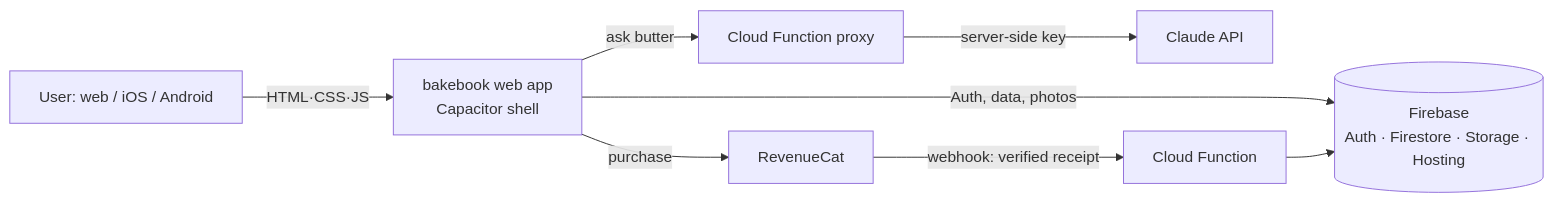
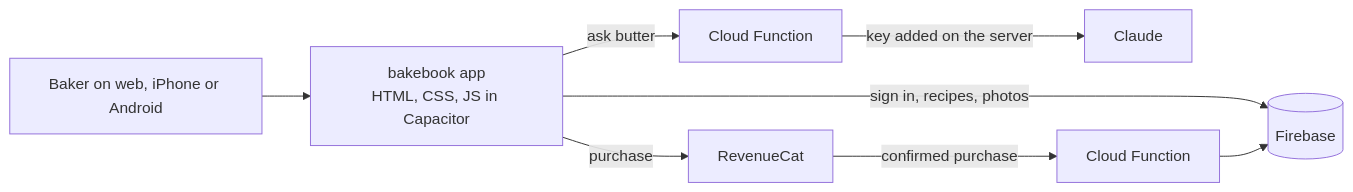
The diagram in README.md (clairemullacelia/bakebook), drawn with Mermaid before and after one commit. The commit also changed other lines of this file and 45 other files, not shown here.

````diff
--- a/README.md
+++ b/README.md
@@ -53,9 +66,9 @@
 ```mermaid
 flowchart LR
-  U[User: web / iOS / Android] -->|HTML·CSS·JS| APP[bakebook web app<br/>Capacitor shell]
-  APP -->|Auth, data, photos| FB[(Firebase<br/>Auth · Firestore · Storage · Hosting)]
-  APP -->|"ask butter"| CF[Cloud Function proxy]
-  CF -->|server-side key| CL[Claude API]
+  U[Baker on web, iPhone or Android] --> APP[bakebook app<br/>HTML, CSS, JS in Capacitor]
+  APP -->|sign in, recipes, photos| FB[(Firebase)]
+  APP -->|ask butter| CF[Cloud Function]
+  CF -->|key added on the server| CL[Claude]
   APP -->|purchase| RC[RevenueCat]
-  RC -->|webhook: verified receipt| CF2[Cloud Function] --> FB
+  RC -->|confirmed purchase| CF2[Cloud Function] --> FB
 ```
````
